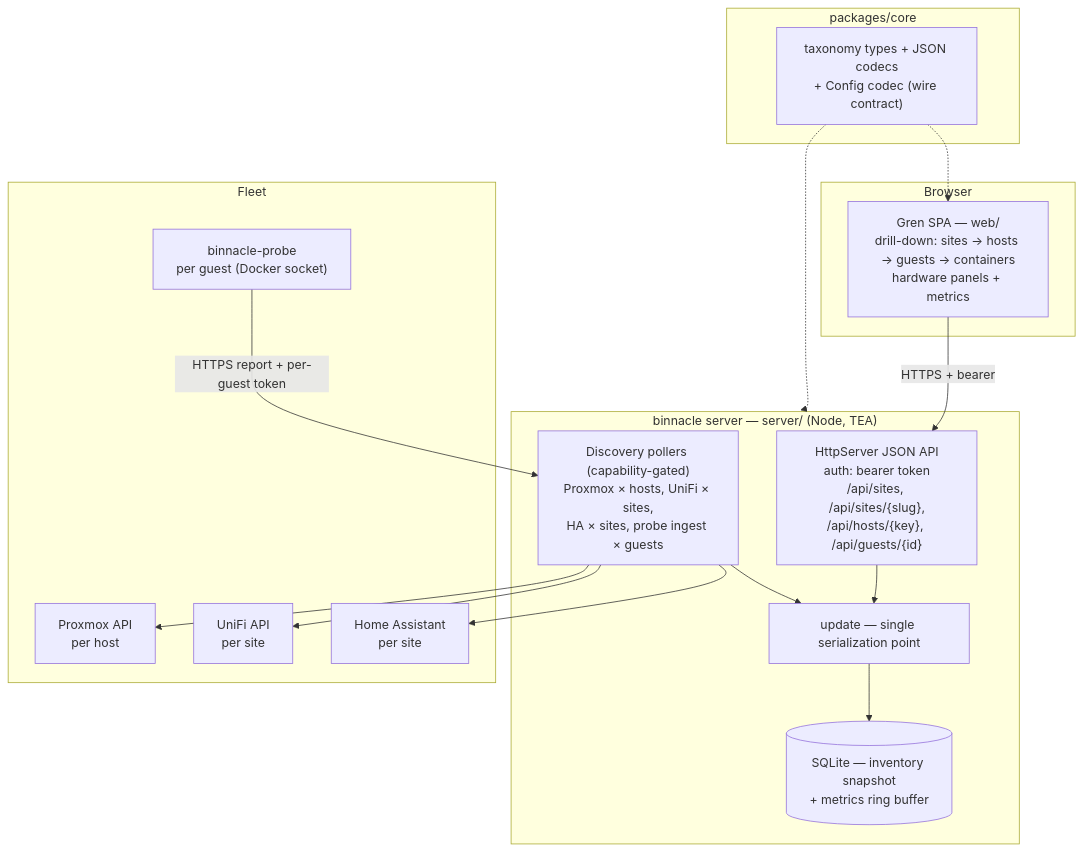
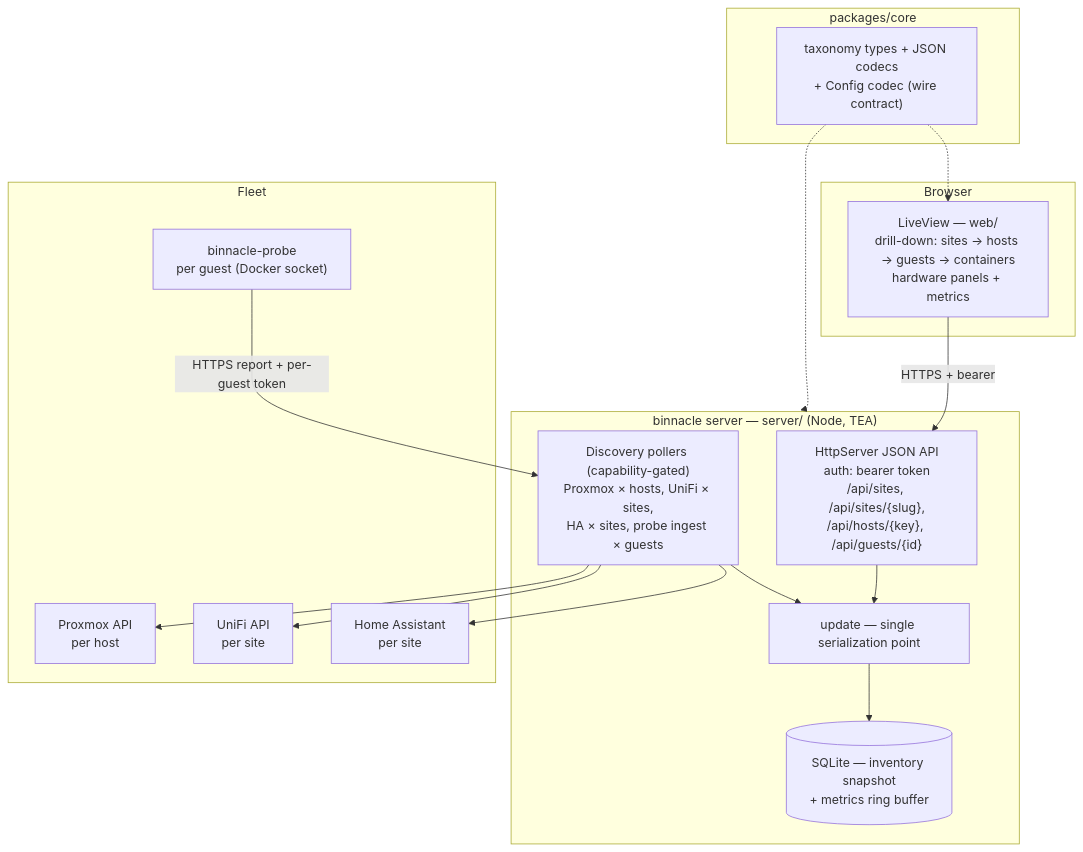
Before and after one commit to stump-wtf/binnacle: the diagram in docs/specs/fleet-taxonomy/design.md, drawn with Mermaid. The commit also changed other lines of this file and 106 other files, not shown here.

First line of the commit message:
feat: rebuild binnacle on Elixir/Phoenix with the hardware-metrics zen overview (#30)

````diff
--- a/docs/specs/fleet-taxonomy/design.md
+++ b/docs/specs/fleet-taxonomy/design.md
@@ -98,31 +98,31 @@
 ```mermaid
 flowchart TD
     subgraph browser[Browser]
-        SPA["Gren SPA — web/<br/>drill-down: sites → hosts → guests → containers<br/>hardware panels + metrics"]
+        SPA["LiveView — web/<br/>drill-down: sites → hosts → guests → containers<br/>hardware panels + metrics"]
     end
     subgraph server["binnacle server — server/ (Node, TEA)"]
         API["HttpServer JSON API<br/>auth: bearer token<br/>/api/sites, /api/sites/{slug},<br/>/api/hosts/{key}, /api/guests/{id}"]
         UPD["update — single serialization point"]
         STORE[("SQLite — inventory snapshot<br/>+ metrics ring buffer")]
         POLL["Discovery pollers (capability-gated)<br/>Proxmox × hosts, UniFi × sites,<br/>HA × sites, probe ingest × guests"]
     end
     subgraph fleet[Fleet]
         PVE["Proxmox API<br/>per host"]
         UNIFI["UniFi API<br/>per site"]
         PROBE["binnacle-probe<br/>per guest (Docker socket)"]
         HA["Home Assistant<br/>per site"]
     end
     subgraph repo[packages/core]
         CORE["taxonomy types + JSON codecs<br/>+ Config codec (wire contract)"]
     end
     SPA -->|"HTTPS + bearer"| API
     API --> UPD
     POLL --> UPD
     UPD --> STORE
     POLL --> PVE
     POLL --> UNIFI
     POLL --> HA
     PROBE -->|"HTTPS report + per-guest token"| POLL
     CORE -.-> SPA
     CORE -.-> server
 ```
````
